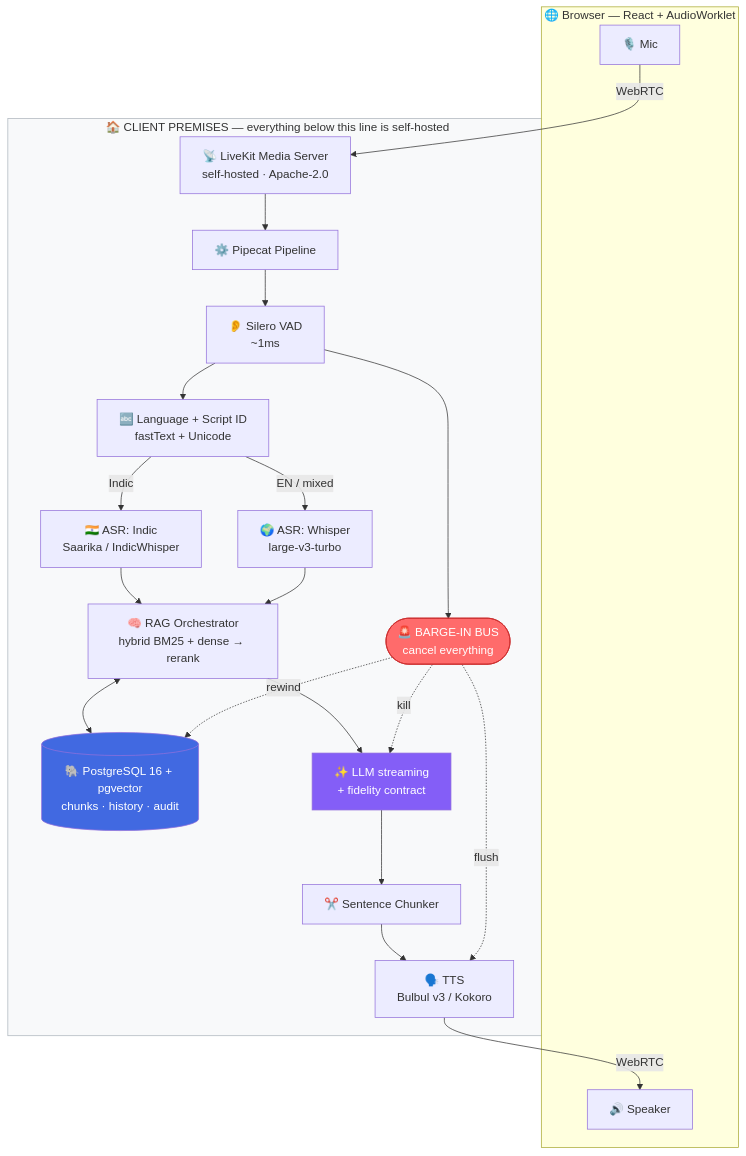
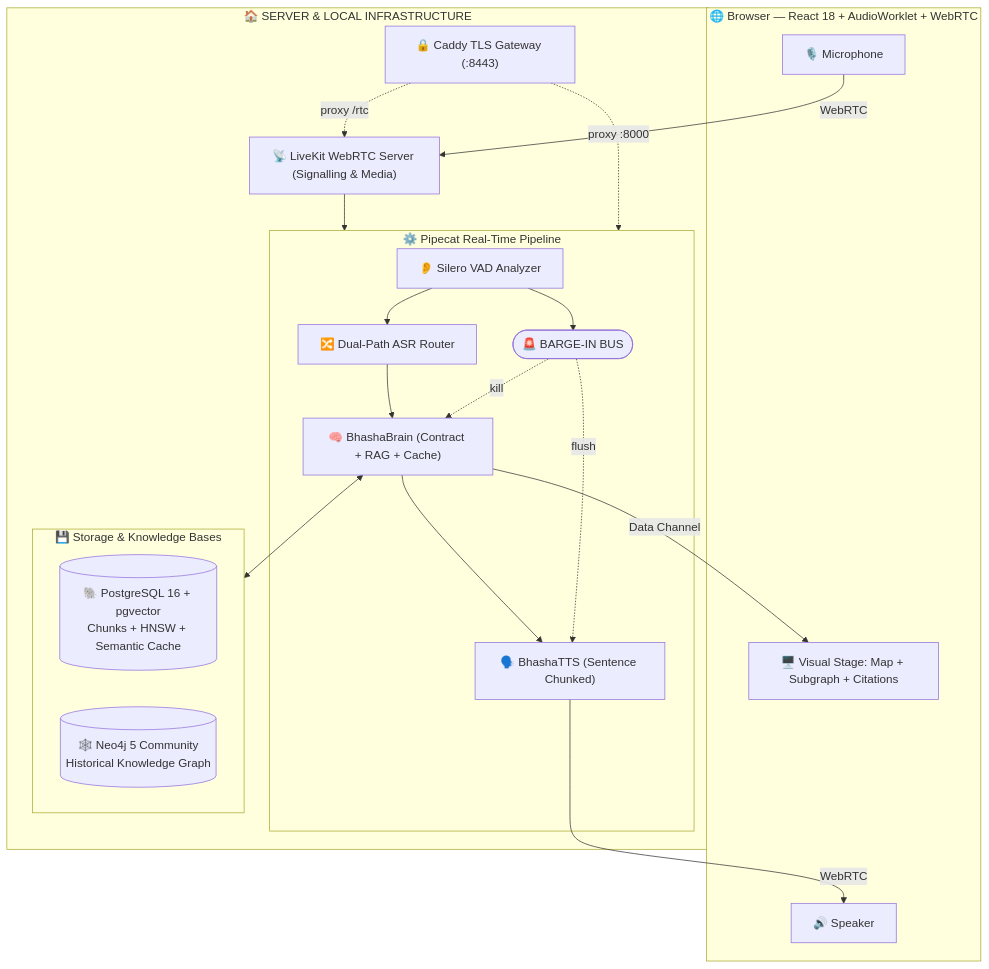
Before and after one commit to dakshxndrm/language-agonistic-chatbot-RAG: the diagram in README.md, drawn with Mermaid. The commit also changed other lines of this file and 44 other files, not shown here.

Commit message:
feat: multimodal Gemini-style UI, real-time SSE streaming, live voice and performance optimizations

````diff
--- a/README.md
+++ b/README.md
@@ -175,41 +172,38 @@
 ```mermaid
 flowchart TD
-    subgraph BROWSER["🌐 Browser — React + AudioWorklet"]
-        MIC["🎙️ Mic"]
+    subgraph BROWSER["🌐 Browser — React 18 + AudioWorklet + WebRTC"]
+        MIC["🎙️ Microphone"]
         SPK["🔊 Speaker"]
+        VIS["🖥️ Visual Stage: Map + Subgraph + Citations"]
     end
 
-    subgraph PREM["🏠 CLIENT PREMISES — everything below this line is self-hosted"]
-        LK["📡 LiveKit Media Server<br/>self-hosted · Apache-2.0"]
-        PC["⚙️ Pipecat Pipeline"]
-        VAD["👂 Silero VAD<br/>~1ms"]
-        BUS(["🚨 BARGE-IN BUS<br/>cancel everything"])
-        LID["🔤 Language + Script ID<br/>fastText + Unicode"]
-        A1["🇮🇳 ASR: Indic<br/>Saarika / IndicWhisper"]
-        A2["🌍 ASR: Whisper<br/>large-v3-turbo"]
-        RAG["🧠 RAG Orchestrator<br/>hybrid BM25 + dense → rerank"]
-        DB[("🐘 PostgreSQL 16 + pgvector<br/>chunks · history · audit")]
-        LLM["✨ LLM streaming<br/>+ fidelity contract"]
-        CHK["✂️ Sentence Chunker"]
-        TTS["🗣️ TTS<br/>Bulbul v3 / Kokoro"]
+    subgraph PREMISES["🏠 SERVER & LOCAL INFRASTRUCTURE"]
+        LK["📡 LiveKit WebRTC Server (Signalling & Media)"]
+        CADDY["🔒 Caddy TLS Gateway (:8443)"]
+        
+        subgraph PIPECAT["⚙️ Pipecat Real-Time Pipeline"]
+            VAD["👂 Silero VAD Analyzer"]
+            ROUTER["🔀 Dual-Path ASR Router"]
+            BRAIN["🧠 BhashaBrain (Contract + RAG + Cache)"]
+            TTS["🗣️ BhashaTTS (Sentence Chunked)"]
+            BUS(["🚨 BARGE-IN BUS"])
+        end
+
+        subgraph STORES["💾 Storage & Knowledge Bases"]
+            PG[("🐘 PostgreSQL 16 + pgvector<br/>Chunks + HNSW + Semantic Cache")]
+            NEO[("🕸️ Neo4j 5 Community<br/>Historical Knowledge Graph")]
+        end
     end
 
-    MIC -->|WebRTC| LK --> PC --> VAD
+    MIC -->|WebRTC| LK --> PIPECAT
     VAD --> BUS
-    VAD --> LID
-    LID -->|Indic| A1
-    LID -->|EN / mixed| A2
-    A1 --> RAG
-    A2 --> RAG
-    RAG <--> DB
-    RAG --> LLM --> CHK --> TTS
-    TTS -->|WebRTC| SPK
-    BUS -.->|kill| LLM
+    VAD --> ROUTER
+    ROUTER --> BRAIN
+    BRAIN <--> STORES
+    BRAIN -->|Data Channel| VIS
+    BRAIN --> TTS -->|WebRTC| SPK
+    BUS -.->|kill| BRAIN
     BUS -.->|flush| TTS
-    BUS -.->|rewind| DB
-
-    style BUS fill:#ff6b6b,stroke:#c92a2a,color:#fff
-    style PREM fill:#f8f9fa,stroke:#adb5bd
-    style DB fill:#4169E1,color:#fff
-    style LLM fill:#845ef7,color:#fff
+    CADDY -.->|proxy :8000| PIPECAT
+    CADDY -.->|proxy /rtc| LK
 ```
````
